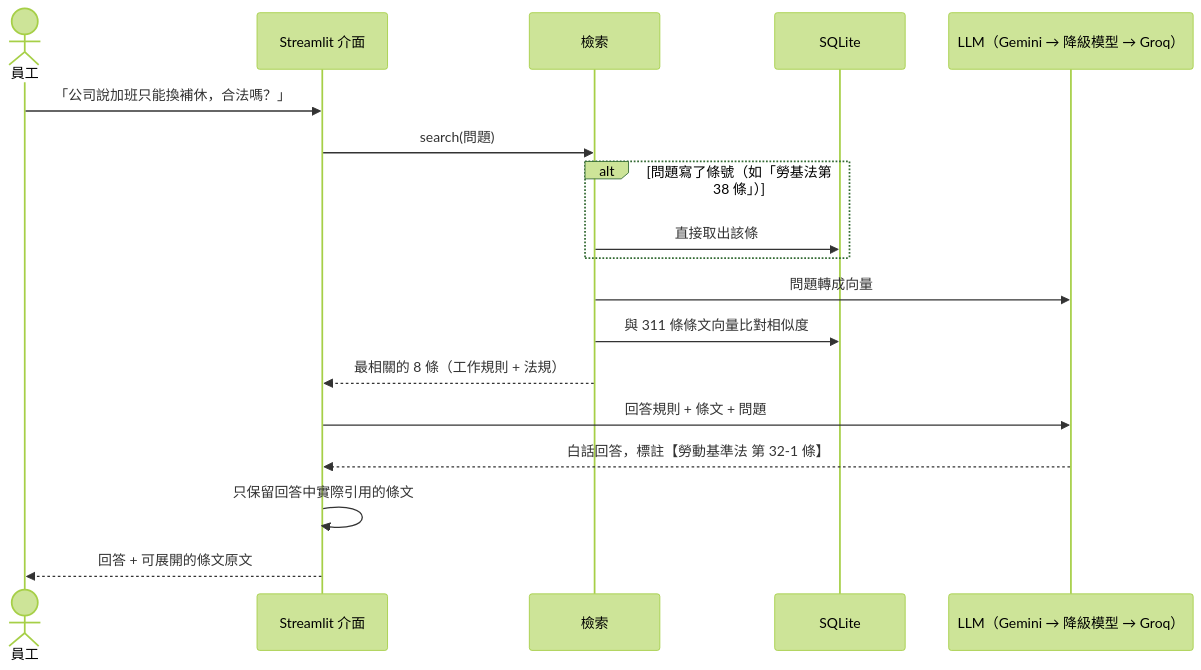
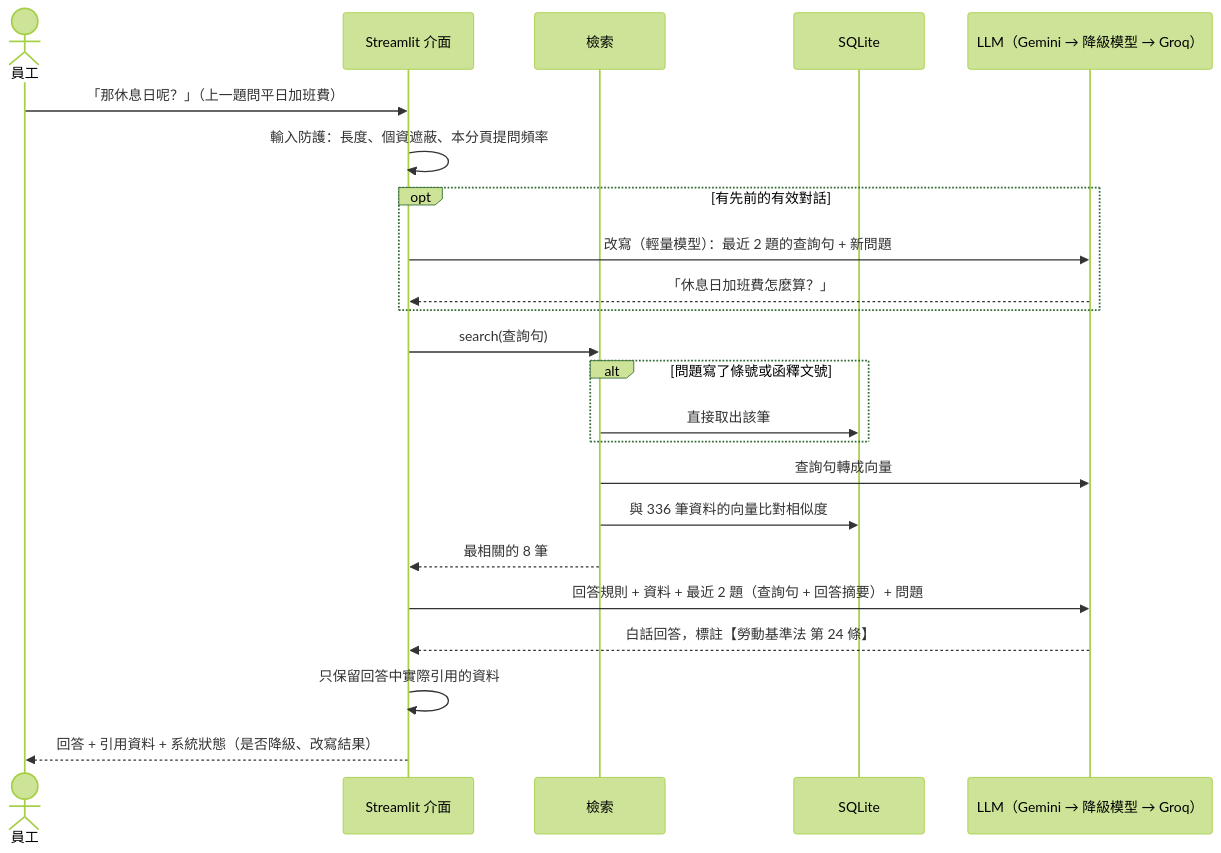
The second of 2 diagrams in README.md (ayii0111/workrules-qa), drawn with Mermaid (forest theme) before and after one commit. The commit also changed other lines of this file and 4 other files, not shown here.

````diff
--- a/README.md
+++ b/README.md
@@ -66,21 +88,26 @@
 ```mermaid
 sequenceDiagram
     actor U as 員工
     participant UI as Streamlit 介面
     participant R as 檢索
     participant DB as SQLite
     participant LLM as LLM（Gemini → 降級模型 → Groq）
 
-    U->>UI: 「公司說加班只能換補休，合法嗎？」
-    UI->>R: search(問題)
-    alt 問題寫了條號（如「勞基法第 38 條」）
-        R->>DB: 直接取出該條
+    U->>UI: 「那休息日呢？」（上一題問平日加班費）
+    UI->>UI: 輸入防護：長度、個資遮蔽、本分頁提問頻率
+    opt 有先前的有效對話
+        UI->>LLM: 改寫（輕量模型）：最近 2 題的查詢句 + 新問題
+        LLM-->>UI: 「休息日加班費怎麼算？」
     end
-    R->>LLM: 問題轉成向量
-    R->>DB: 與 311 條條文向量比對相似度
-    R-->>UI: 最相關的 8 條（工作規則 + 法規）
-    UI->>LLM: 回答規則 + 條文 + 問題
-    LLM-->>UI: 白話回答，標註【勞動基準法 第 32-1 條】
-    UI->>UI: 只保留回答中實際引用的條文
-    UI-->>U: 回答 + 可展開的條文原文
+    UI->>R: search(查詢句)
+    alt 問題寫了條號或函釋文號
+        R->>DB: 直接取出該筆
+    end
+    R->>LLM: 查詢句轉成向量
+    R->>DB: 與 336 筆資料的向量比對相似度
+    R-->>UI: 最相關的 8 筆
+    UI->>LLM: 回答規則 + 資料 + 最近 2 題（查詢句 + 回答摘要）+ 問題
+    LLM-->>UI: 白話回答，標註【勞動基準法 第 24 條】
+    UI->>UI: 只保留回答中實際引用的資料
+    UI-->>U: 回答 + 引用資料 + 系統狀態（是否降級、改寫結果）
 ```
````
